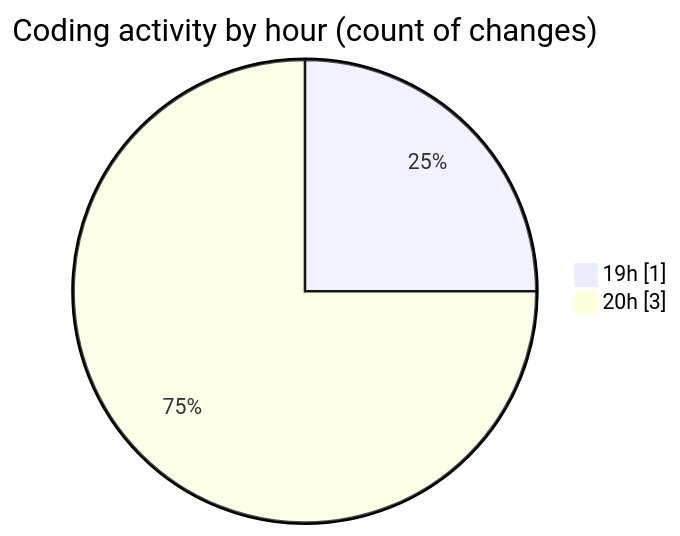
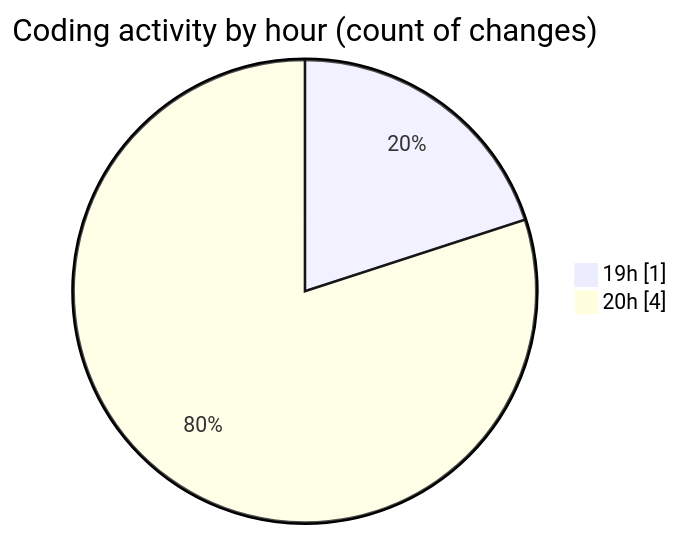
Before and after one commit to ricardozamudiocil/code-tracking: the second of 2 diagrams in 2026-03-01/cilreports__workspace_/README.md, drawn with Mermaid. The commit also changed other lines of this file and 1 other file, not shown here.

````diff
--- a/2026-03-01/cilreports__workspace_/README.md
+++ b/2026-03-01/cilreports__workspace_/README.md
@@ -29,6 +30,6 @@
 ```mermaid
 pie showData
 title Coding activity by hour (count of changes)
 "19h" : 1
-"20h" : 3
+"20h" : 4
 ```
````
